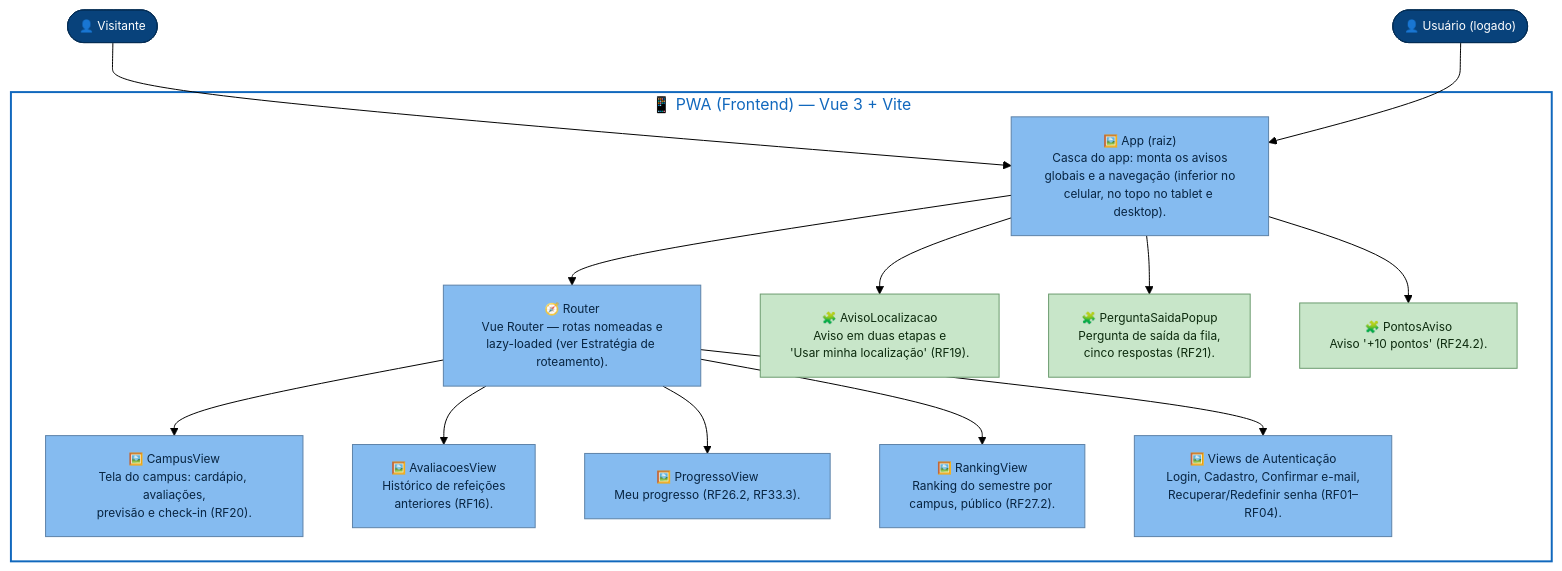
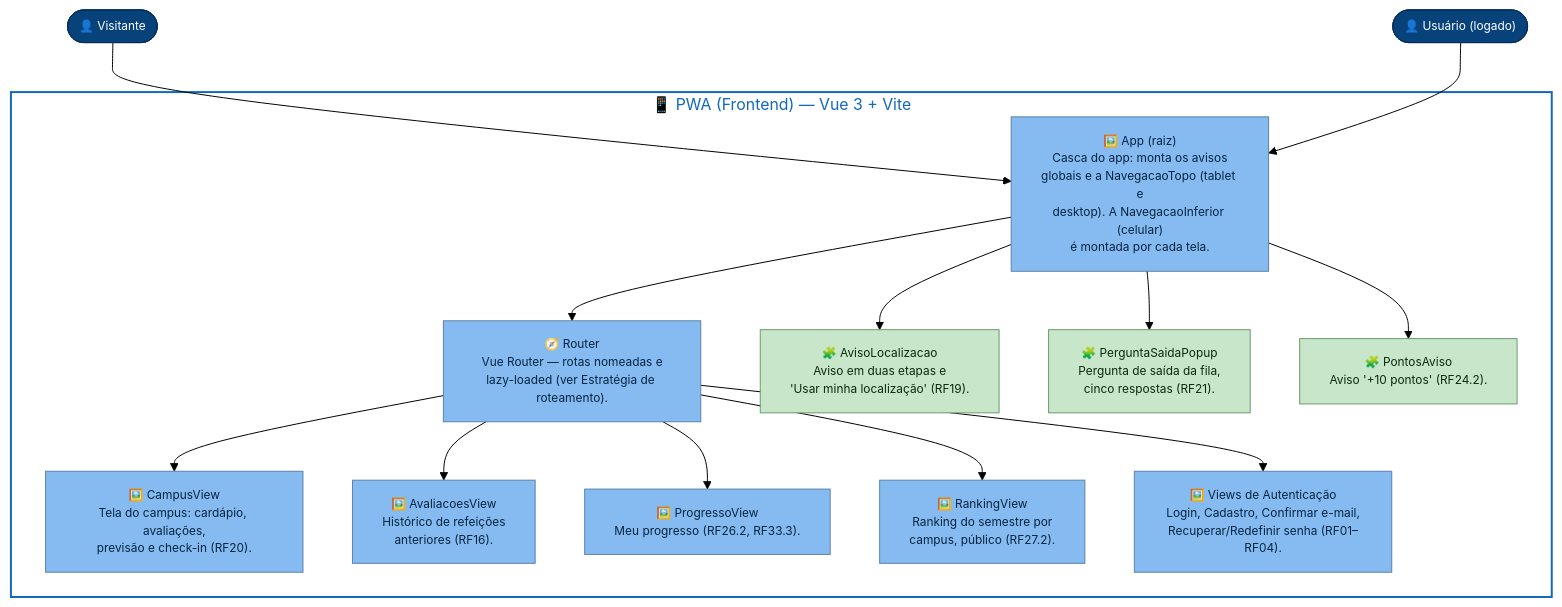
Before and after one commit to unb-mds/2026-2-Bandejao-UnB: the first of 11 diagrams in docs/arquitetura/front-end/c4-niveis-3-4-frontend-bandejao.md, drawn with Mermaid (forest theme). The commit also changed other lines of this file, not shown here.

Commit message:
docs: C4 do front com a navegação de cada tela (FE-20, #169)

````diff
--- a/docs/arquitetura/front-end/c4-niveis-3-4-frontend-bandejao.md
+++ b/docs/arquitetura/front-end/c4-niveis-3-4-frontend-bandejao.md
@@ -58,61 +58,62 @@
 ```mermaid
 flowchart TB
   visitante(["👤 Visitante"])
   usuario(["👤 Usuário (logado)"])
 
   subgraph frontend["📱 PWA (Frontend) — Vue 3 + Vite"]
     app["🖼️ App (raiz)
 Casca do app: monta os avisos
-globais e a navegação (inferior no
-celular, no topo no tablet e desktop)."]
+globais e a NavegacaoTopo (tablet e
+desktop). A NavegacaoInferior (celular)
+é montada por cada tela."]
     router["🧭 Router
 Vue Router — rotas nomeadas e
 lazy-loaded (ver Estratégia de roteamento)."]
 
     campusView["🖼️ CampusView
 Tela do campus: cardápio, avaliações,
 previsão e check-in (RF20)."]
     avaliacoesView["🖼️ AvaliacoesView
 Histórico de refeições
 anteriores (RF16)."]
     progressoView["🖼️ ProgressoView
 Meu progresso (RF26.2, RF33.3)."]
     rankingView["🖼️ RankingView
 Ranking do semestre por
 campus, público (RF27.2)."]
     authViews["🖼️ Views de Autenticação
 Login, Cadastro, Confirmar e-mail,
 Recuperar/Redefinir senha (RF01–RF04)."]
 
     avisoLocalizacao["🧩 AvisoLocalizacao
 Aviso em duas etapas e
 'Usar minha localização' (RF19)."]
     perguntaSaida["🧩 PerguntaSaidaPopup
 Pergunta de saída da fila,
 cinco respostas (RF21)."]
     pontosAviso["🧩 PontosAviso
 Aviso '+10 pontos' (RF24.2)."]
   end
 
   visitante --> app
   usuario --> app
   app --> router
   app --> avisoLocalizacao
   app --> perguntaSaida
   app --> pontosAviso
   router --> campusView
   router --> avaliacoesView
   router --> progressoView
   router --> rankingView
   router --> authViews
 
   classDef person fill:#08427b,stroke:#052e56,color:#fff,font-size:12px
   classDef view fill:#85bbf0,stroke:#5d82a8,color:#082542,font-size:12px
   classDef component fill:#c8e6c9,stroke:#6b9b6e,color:#0d2b0e,font-size:12px
   classDef boundary fill:#ffffff,stroke:#1168bd,stroke-width:2px,color:#1168bd
 
   class visitante,usuario person
   class app,router,campusView,avaliacoesView,progressoView,rankingView,authViews view
   class avisoLocalizacao,perguntaSaida,pontosAviso component
   class frontend boundary
 ```
````
